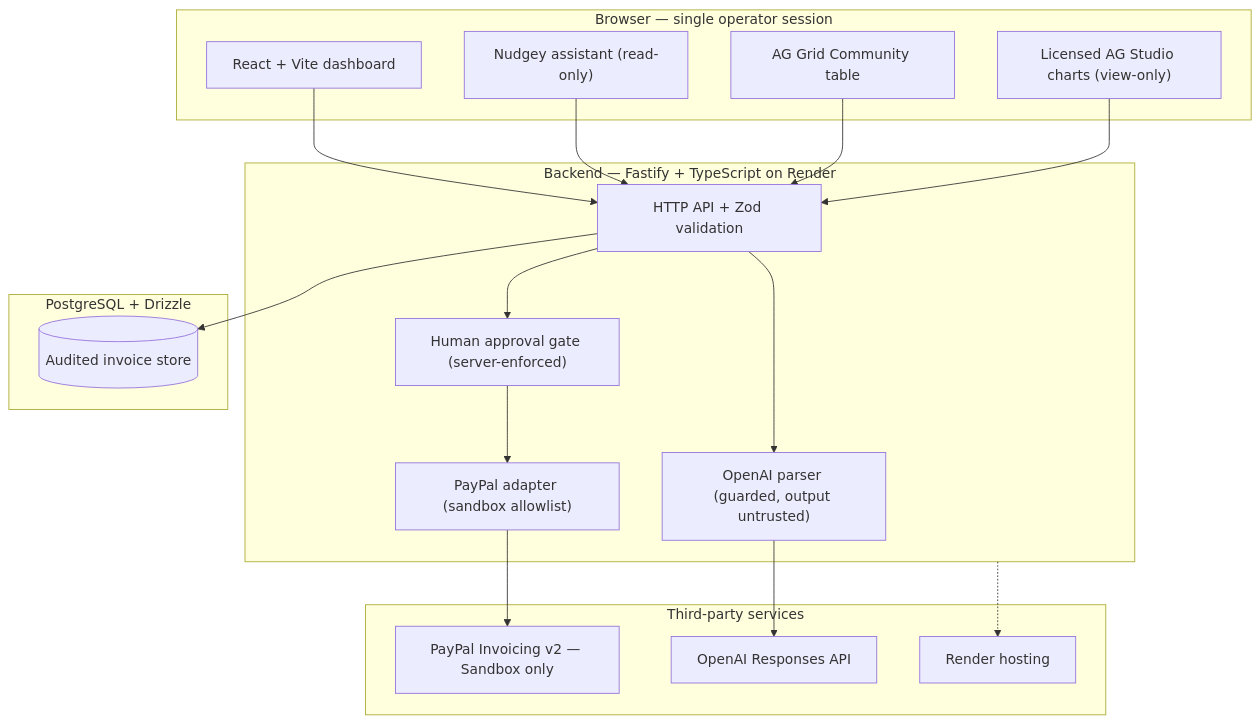
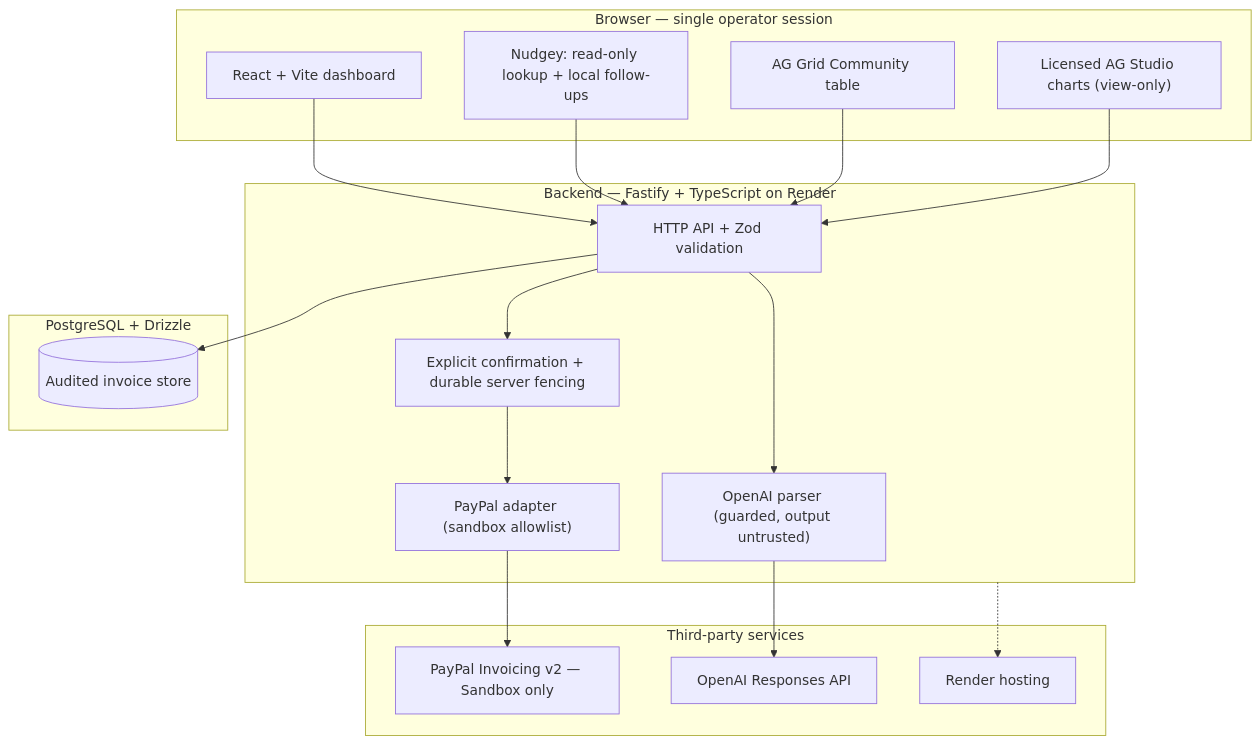
The first of 3 diagrams in README.md (mrdzyn/nudgemyinvoice), drawn with Mermaid before and after one commit. The commit also changed other lines of this file and 1 other file, not shown here.

Commit message:
docs(nmi): address PR73 audit - nudge queue, approval controls, PII, mascot

````diff
--- a/README.md
+++ b/README.md
@@ -42,34 +47,34 @@
 ```mermaid
 flowchart TD
     subgraph Browser["Browser — single operator session"]
         UI["React + Vite dashboard"]
-        Nudgey["Nudgey assistant (read-only)"]
+        Nudgey["Nudgey: read-only lookup + local follow-ups"]
         Grid["AG Grid Community table"]
         Studio["Licensed AG Studio charts (view-only)"]
     end
     subgraph Server["Backend — Fastify + TypeScript on Render"]
         API["HTTP API + Zod validation"]
-        Gate["Human approval gate (server-enforced)"]
+        Gate["Explicit confirmation + durable server fencing"]
         PayPalAdapter["PayPal adapter (sandbox allowlist)"]
         Parser["OpenAI parser (guarded, output untrusted)"]
     end
     subgraph Data["PostgreSQL + Drizzle"]
         DB[("Audited invoice store")]
     end
     subgraph ThirdParty["Third-party services"]
         PayPal["PayPal Invoicing v2 — Sandbox only"]
         OpenAI["OpenAI Responses API"]
         Render["Render hosting"]
     end
     UI --> API
     Nudgey --> API
     Grid --> API
     Studio --> API
     API --> Gate
     Gate --> PayPalAdapter
     PayPalAdapter --> PayPal
     API --> Parser
     Parser --> OpenAI
     API --> DB
     Server -.-> Render
 ```
````
